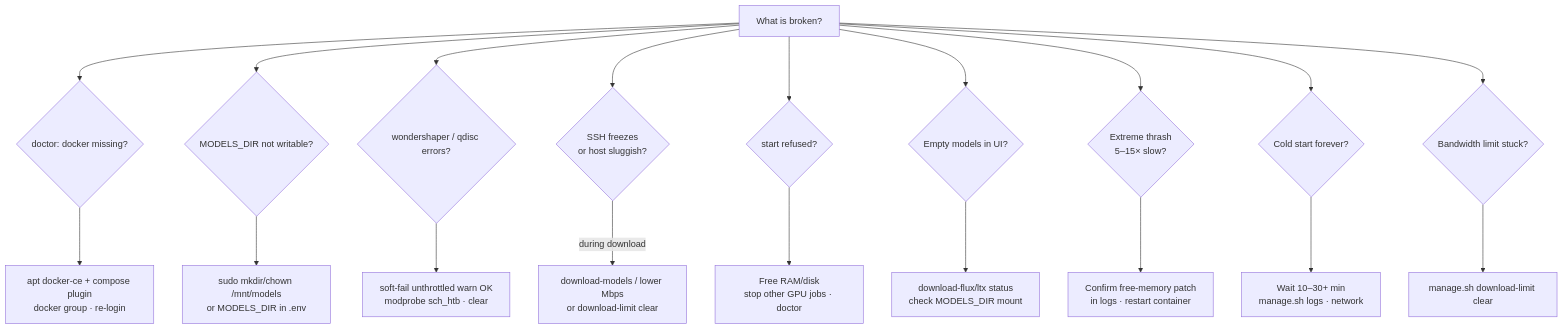
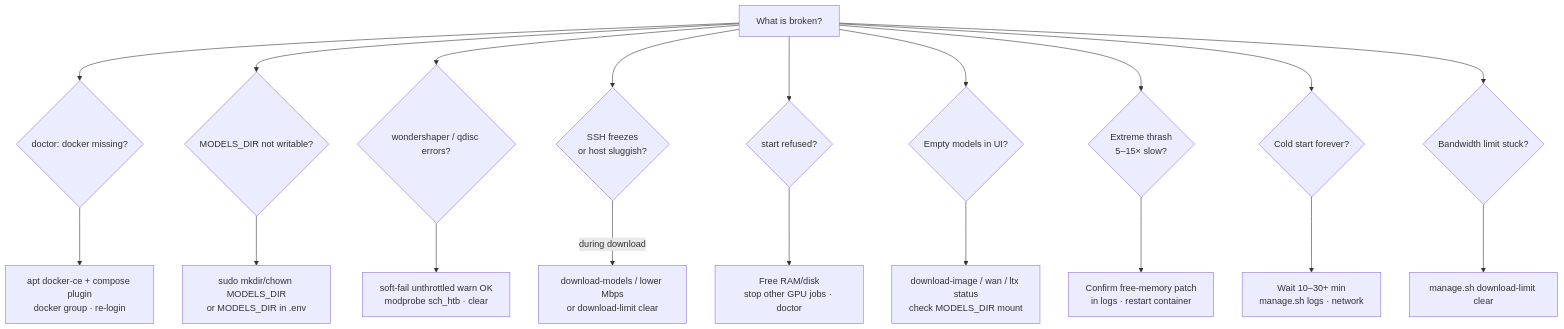
Before and after one commit to toxicoder/ez-comfy-stack: the first of 3 diagrams in docs/troubleshooting.md, drawn with Mermaid. The commit also changed other lines of this file and 142 other files, not shown here.

````diff
--- a/docs/troubleshooting.md
+++ b/docs/troubleshooting.md
@@ -157,23 +171,23 @@
 ```mermaid
 flowchart TB
   Q["What is broken?"]
   Q --> Docker{"doctor: docker missing?"}
   Q --> Models{"MODELS_DIR not writable?"}
   Q --> Qdisc{"wondershaper / qdisc errors?"}
   Q --> SSH{"SSH freezes<br/>or host sluggish?"}
   Q --> Start{"start refused?"}
   Q --> Empty{"Empty models in UI?"}
   Q --> Slow{"Extreme thrash<br/>5–15× slow?"}
   Q --> Cold{"Cold start forever?"}
   Q --> Limit{"Bandwidth limit stuck?"}
 
   Docker --> A0["apt docker-ce + compose plugin<br/>docker group · re-login"]
-  Models --> A0b["sudo mkdir/chown /mnt/models<br/>or MODELS_DIR in .env"]
+  Models --> A0b["sudo mkdir/chown MODELS_DIR<br/>or MODELS_DIR in .env"]
   Qdisc --> A0c["soft-fail unthrottled warn OK<br/>modprobe sch_htb · clear"]
   SSH -->|during download| A1["download-models / lower Mbps<br/>or download-limit clear"]
   Start --> A2["Free RAM/disk<br/>stop other GPU jobs · doctor"]
-  Empty --> A3["download-flux/ltx status<br/>check MODELS_DIR mount"]
+  Empty --> A3["download-image / wan / ltx status<br/>check MODELS_DIR mount"]
   Slow --> A4["Confirm free-memory patch<br/>in logs · restart container"]
   Cold --> A5["Wait 10–30+ min<br/>manage.sh logs · network"]
   Limit --> A6["manage.sh download-limit clear"]
 ```
````
